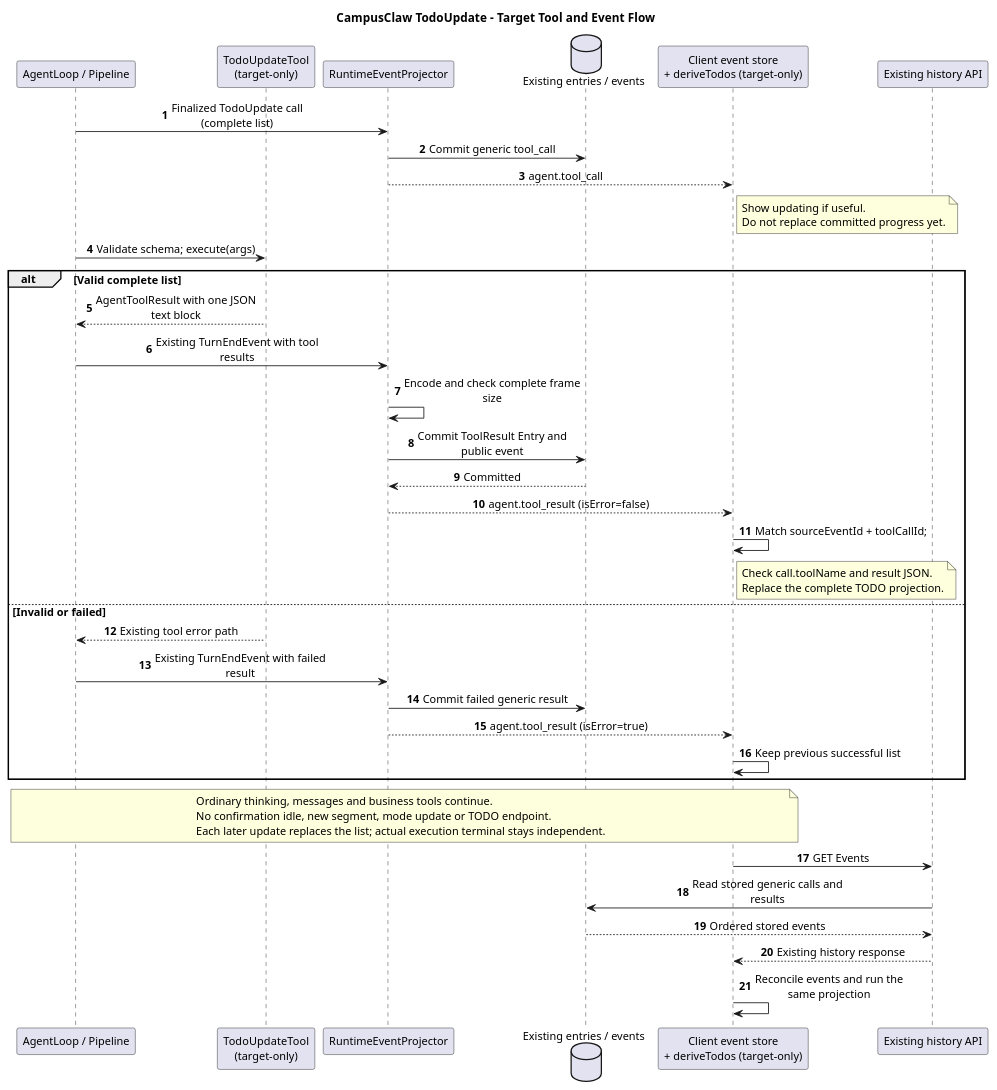
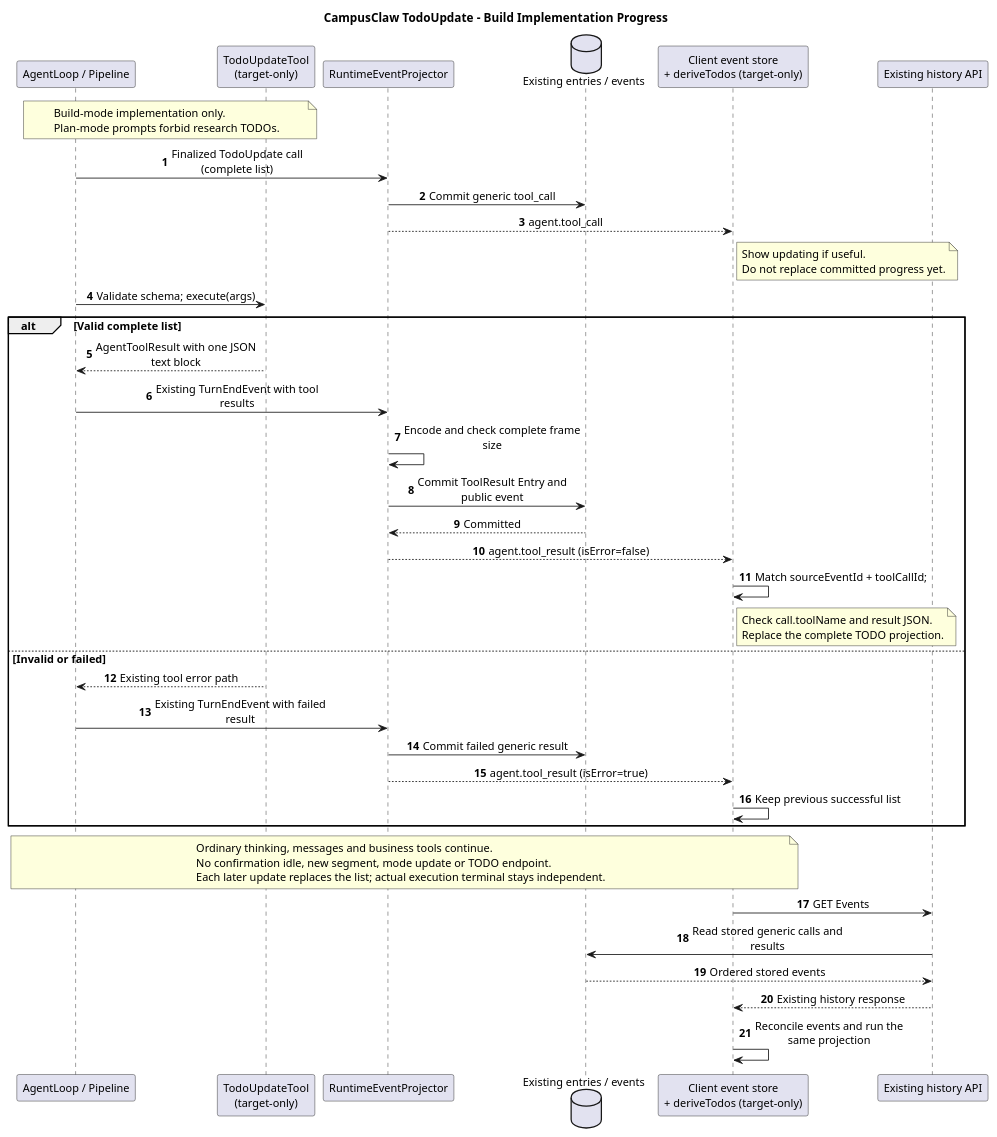
One commit to ssm0808/pi-mono-java-design changed the fourth of 5 diagrams in 01-总体架构/06-CampusClaw计划模式/diagram.puml. Above: the diagram before and after it, drawn with PlantUML. The commit also changed other lines of this file and 14 other files, not shown here.

```diff
--- a/01-总体架构/06-CampusClaw计划模式/diagram.puml
+++ b/01-总体架构/06-CampusClaw计划模式/diagram.puml
@@ -315,64 +321,68 @@
 @startuml todo_update_sequence
 ' Source baseline: pi-mono-java 09b32d8ea4a4b43b34be302d8b2745bdc417c9a2.
 ' Source: modules/agent-core/src/main/java/com/campusclaw/agent/tool/AgentToolResult.java :: content, details.
 ' Source: modules/coding-agent-cli/src/main/java/com/campusclaw/codingagent/runtimeapi/event/RuntimeEventProjector.java :: project, persistToolResults.
 ' Source: frontend/src/runtime/eventStore.ts :: reconcileEvents, executionState.
 ' Claude public docs: managed-agents/events-and-streaming, checked 2026-09-14 (beta).
 ' DeepSeek baseline: 0a53fb55bea101816fa226bb964ae2bed71c343b (alpha).
 ' Source: packages/todo/tool-todo/src/index.ts :: apply, execute; whole-list replacement.
 ' Observed behavior: Java commits generic results at the existing TurnEndEvent boundary.
 ' Design reason: keep the public tool envelope stable and derive TODO from committed success.
 ' Java divergence: TodoUpdateTool and client projection are target-only, not Claude built-ins.
-title CampusClaw TodoUpdate - Target Tool and Event Flow
+title CampusClaw TodoUpdate - Build Implementation Progress
 skinparam backgroundColor #FFFFFF
 skinparam defaultFontName SansSerif
 skinparam defaultFontSize 13
 skinparam shadowing false
 skinparam sequenceMessageAlign center
 skinparam maxMessageSize 210
 autonumber
 participant "AgentLoop / Pipeline" as Loop
 participant "TodoUpdateTool\n(target-only)" as Todo
 participant "RuntimeEventProjector" as Projector
 database "Existing entries / events" as DB
 participant "Client event store\n+ deriveTodos (target-only)" as UI
 participant "Existing history API" as History
 
+note over Loop,Todo
+  Build-mode implementation only.
+  Plan-mode prompts forbid research TODOs.
+end note
 Loop -> Projector : Finalized TodoUpdate call (complete list)
 Projector -> DB : Commit generic tool_call
 Projector --> UI : agent.tool_call
 note right of UI
   Show updating if useful.
   Do not replace committed progress yet.
 end note
 Loop -> Todo : Validate schema; execute(args)
 alt Valid complete list
   Todo --> Loop : AgentToolResult with one JSON text block
   Loop -> Projector : Existing TurnEndEvent with tool results
   Projector -> Projector : Encode and check complete frame size
   Projector -> DB : Commit ToolResult Entry and public event
   DB --> Projector : Committed
   Projector --> UI : agent.tool_result (isError=false)
   UI -> UI : Match sourceEventId + toolCallId;
   note right of UI
     Check call.toolName and result JSON.
     Replace the complete TODO projection.
   end note
 else Invalid or failed
   Todo --> Loop : Existing tool error path
   Loop -> Projector : Existing TurnEndEvent with failed result
   Projector -> DB : Commit failed generic result
   Projector --> UI : agent.tool_result (isError=true)
   UI -> UI : Keep previous successful list
 end
 note over Loop,UI
   Ordinary thinking, messages and business tools continue.
   No confirmation idle, new segment, mode update or TODO endpoint.
   Each later update replaces the list; actual execution terminal stays independent.
 end note
 UI -> History : GET Events
 History -> DB : Read stored generic calls and results
 DB --> History : Ordered stored events
 History --> UI : Existing history response
 UI -> UI : Reconcile events and run the same projection
 @enduml
```
